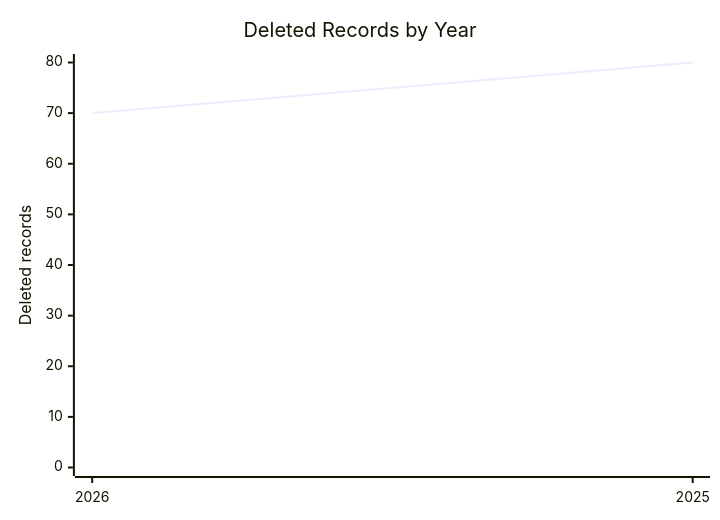
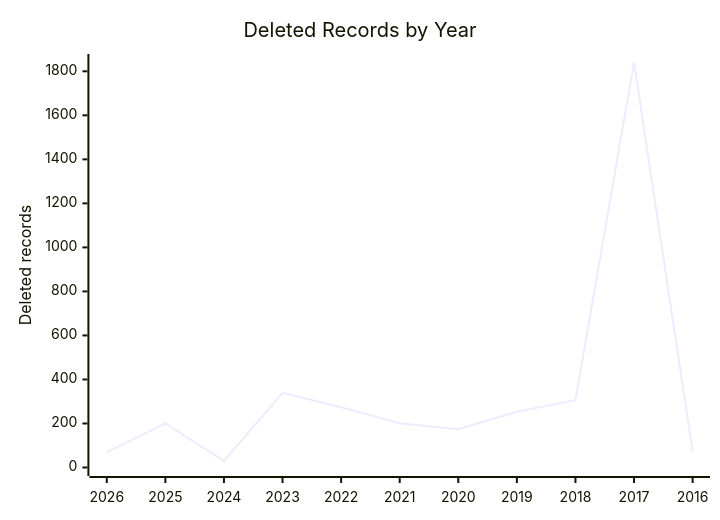
One commit to PatLittle/test changed the diagram in DELETED_DATA_REPORT/README.md. Above: the diagram before and after it, drawn with Mermaid. The commit also changed other lines of this file and 2 other files, not shown here.

Commit message:
Update deleted data report [skip ci]

````diff
--- a/DELETED_DATA_REPORT/README.md
+++ b/DELETED_DATA_REPORT/README.md
@@ -21,7 +21,7 @@
 ```mermaid
 xychart-beta
     title "Deleted Records by Year"
-    x-axis [2026, 2025]
-    y-axis "Deleted records" 0 --> 80
-    line [70, 80]
+    x-axis [2026, 2025, 2024, 2023, 2022, 2021, 2020, 2019, 2018, 2017, 2016]
+    y-axis "Deleted records" 0 --> 1840
+    line [70, 200, 30, 339, 274, 201, 174, 253, 306, 1840, 72]
 ```
````
